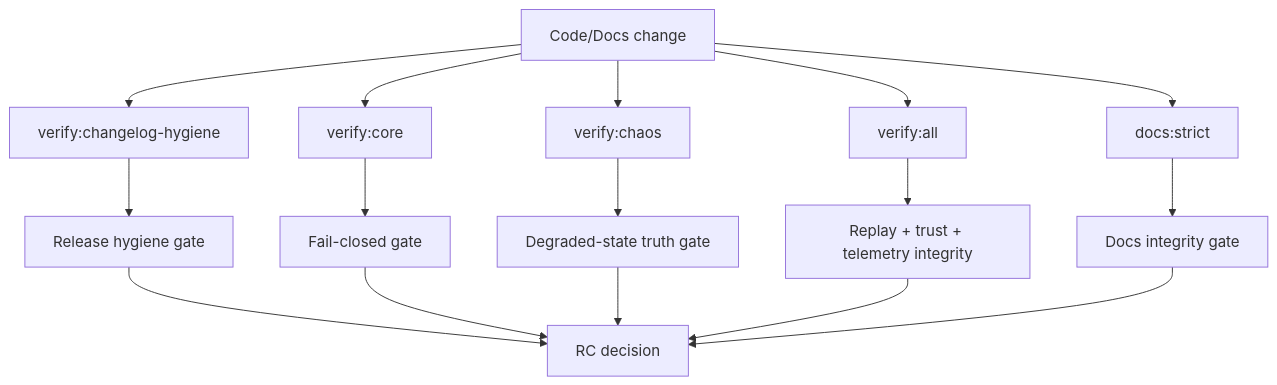
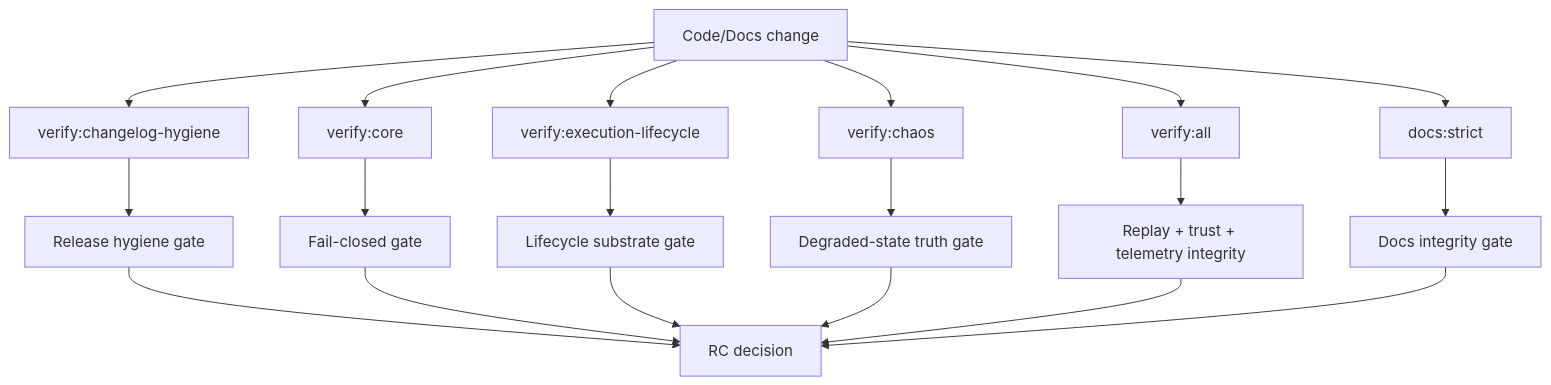
One commit to Hardonian/NemoClaw-substrate changed the diagram in docs/verification/verification-topology.md. Above: the diagram before and after it, drawn with Mermaid. The commit also changed other lines of this file and 8 other files, not shown here.

Commit message:
docs: add architecture documentation for execution lifecycle, capability matrix, and verification topology while updating repository status.

````diff
--- a/docs/verification/verification-topology.md
+++ b/docs/verification/verification-topology.md
@@ -16,20 +17,23 @@
 ```mermaid
 flowchart TD
   Change[Code/Docs change] --> Hygiene[verify:changelog-hygiene]
   Change --> Core[verify:core]
+  Change --> Lifecycle[verify:execution-lifecycle]
   Change --> Chaos[verify:chaos]
   Change --> Strict[verify:all]
   Change --> Docs[docs:strict]
 
   Hygiene --> GateA[Release hygiene gate]
   Core --> GateB[Fail-closed gate]
-  Chaos --> GateC[Degraded-state truth gate]
-  Strict --> GateD[Replay + trust + telemetry integrity]
+  Lifecycle --> GateC[Lifecycle substrate gate]
+  Chaos --> GateD[Degraded-state truth gate]
+  Strict --> GateF[Replay + trust + telemetry integrity]
   Docs --> GateE[Docs integrity gate]
 
   GateA --> RC[RC decision]
   GateB --> RC
   GateC --> RC
   GateD --> RC
+  GateF --> RC
   GateE --> RC
 ```
````
